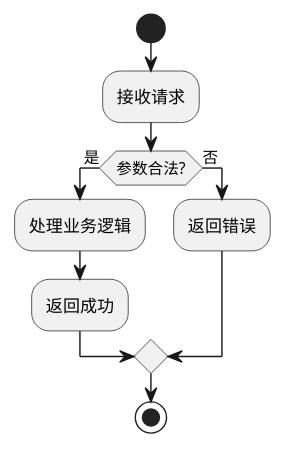
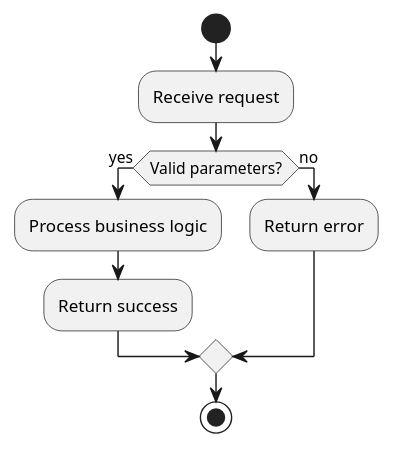
The fourth of 5 diagrams in _shared/plantuml.md (GOODDAYDAY/my-skills), drawn with PlantUML before and after one commit. The commit also changed other lines of this file and 18 other files, not shown here.

````diff
--- a/_shared/plantuml.md
+++ b/_shared/plantuml.md
@@ -89,13 +121,13 @@
 ```plantuml
 @startuml
 start
-:接收请求;
-if (参数合法?) then (是)
-  :处理业务逻辑;
-  :返回成功;
-else (否)
-  :返回错误;
+:Receive request;
+if (Valid parameters?) then (yes)
+  :Process business logic;
+  :Return success;
+else (no)
+  :Return error;
 endif
 stop
 @enduml
 ```
````
